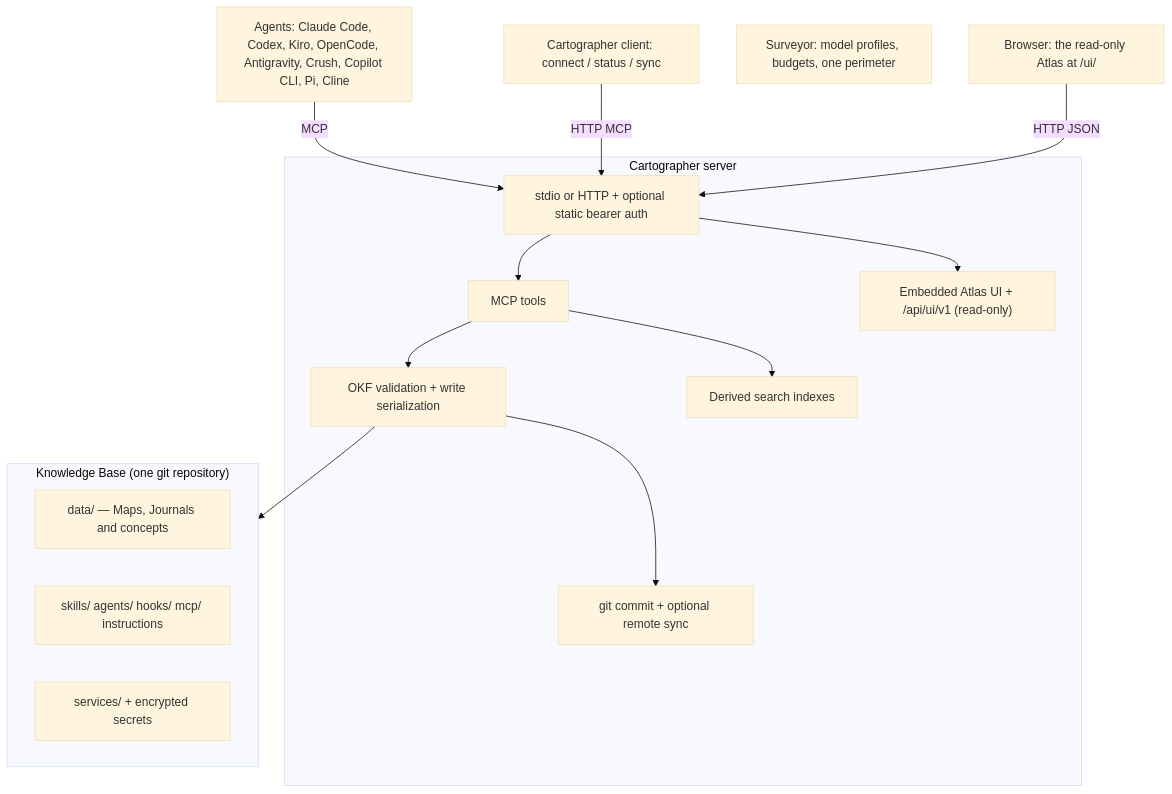
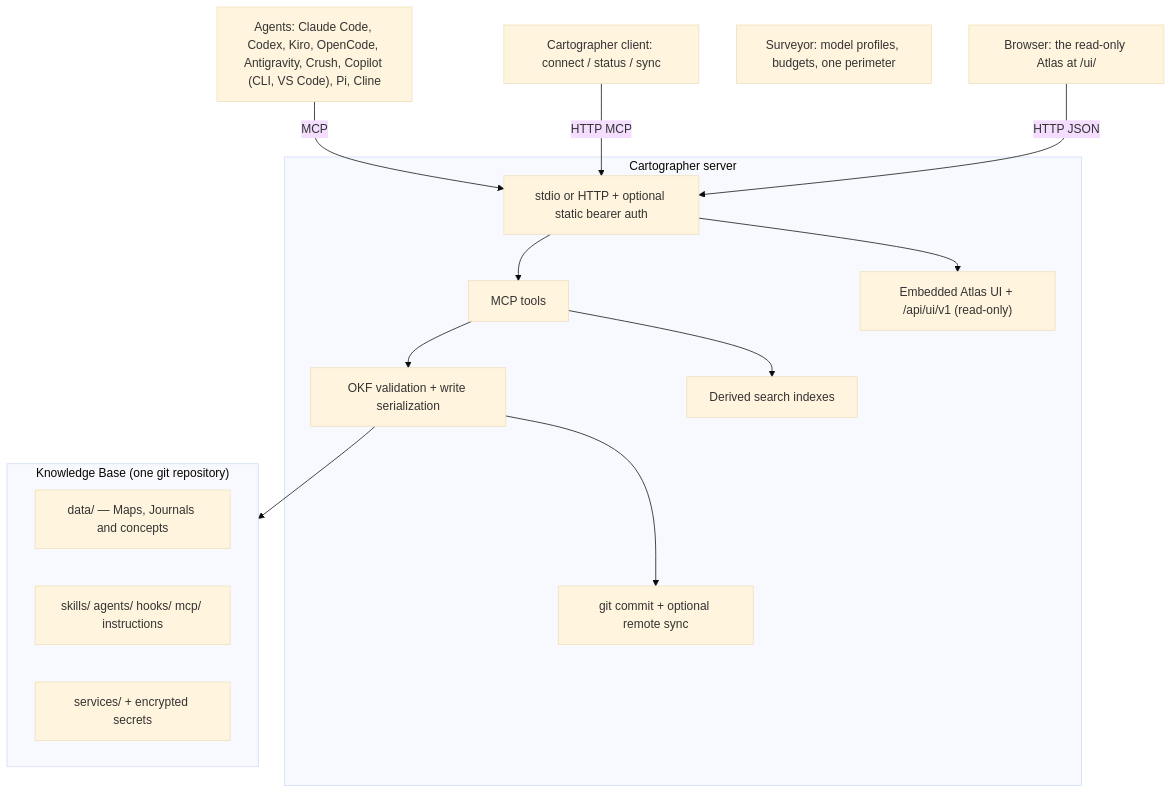
The diagram in docs/overview.md (BeppeTemp/cartographer), drawn with Mermaid (base theme) before and after one commit. The commit also changed 18 other files, not shown here.

First line of the commit message:
feat(client): the copilot provider covers GitHub Copilot in VS Code

````diff
--- a/docs/overview.md
+++ b/docs/overview.md
@@ -50,29 +50,29 @@
 ```mermaid
 flowchart TB
-    A["Agents: Claude Code, Codex, Kiro, OpenCode, Antigravity, Crush, Copilot CLI, Pi, Cline"]
+    A["Agents: Claude Code, Codex, Kiro, OpenCode, Antigravity, Crush, Copilot (CLI, VS Code), Pi, Cline"]
     C["Cartographer client: connect / status / sync"]
     Y["Surveyor: model profiles, budgets, one perimeter"]
     B["Browser: the read-only Atlas at /ui/"]
 
     subgraph S["Cartographer server"]
         T["stdio or HTTP + optional static bearer auth"]
         M["MCP tools"]
         W["Embedded Atlas UI + /api/ui/v1 (read-only)"]
         V["OKF validation + write serialization"]
         I["Derived search indexes"]
         G["git commit + optional remote sync"]
     end
 
     subgraph K["Knowledge Base (one git repository)"]
         D["data/ — Maps, Journals and concepts"]
         P["skills/ agents/ hooks/ mcp/ instructions"]
         X["services/ + encrypted secrets"]
     end
 
     A -->|MCP| T --> M
     C -->|HTTP MCP| T
     B -->|HTTP JSON| T --> W
     M --> V --> K
     M --> I
     V --> G
 ```
````
